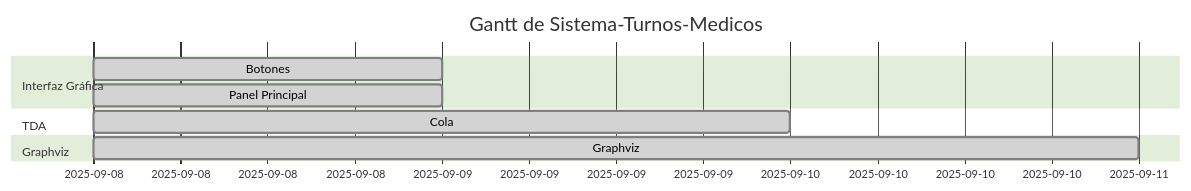
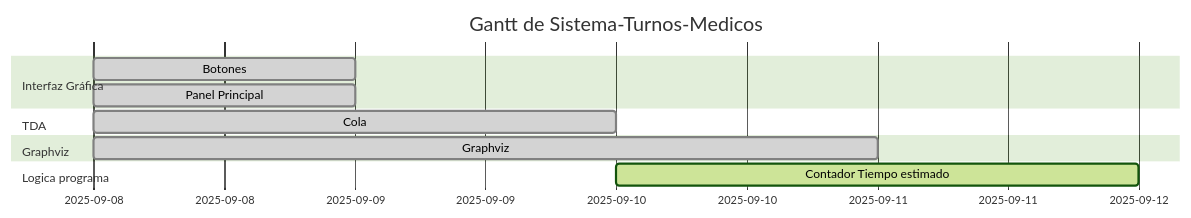
One commit to MynorCifuentes/Sistema-Turnos-Medicos changed the diagram in docs/gantt.md. Above: the diagram before and after it, drawn with Mermaid (forest theme).

Commit message:
Actualiza diagrama de Gantt automático

````diff
--- a/docs/gantt.md
+++ b/docs/gantt.md
@@ -1,13 +1,15 @@
 ```mermaid
 gantt
     dateFormat  YYYY-MM-DD
     title Gantt de Sistema-Turnos-Medicos
     excludes    weekends
     section Interfaz Gráfica
     Botones :done, 2, 2025-09-08, 2025-09-09
     Panel Principal :done, 1, 2025-09-08, 2025-09-09
     section TDA
     Cola :done, 3, 2025-09-08, 2025-09-10
     section Graphviz
     Graphviz :done, 4, 2025-09-08, 2025-09-11
+    section Logica programa
+    Contador Tiempo estimado :active, 5, 2025-09-10, 2025-09-12
 ```
````
